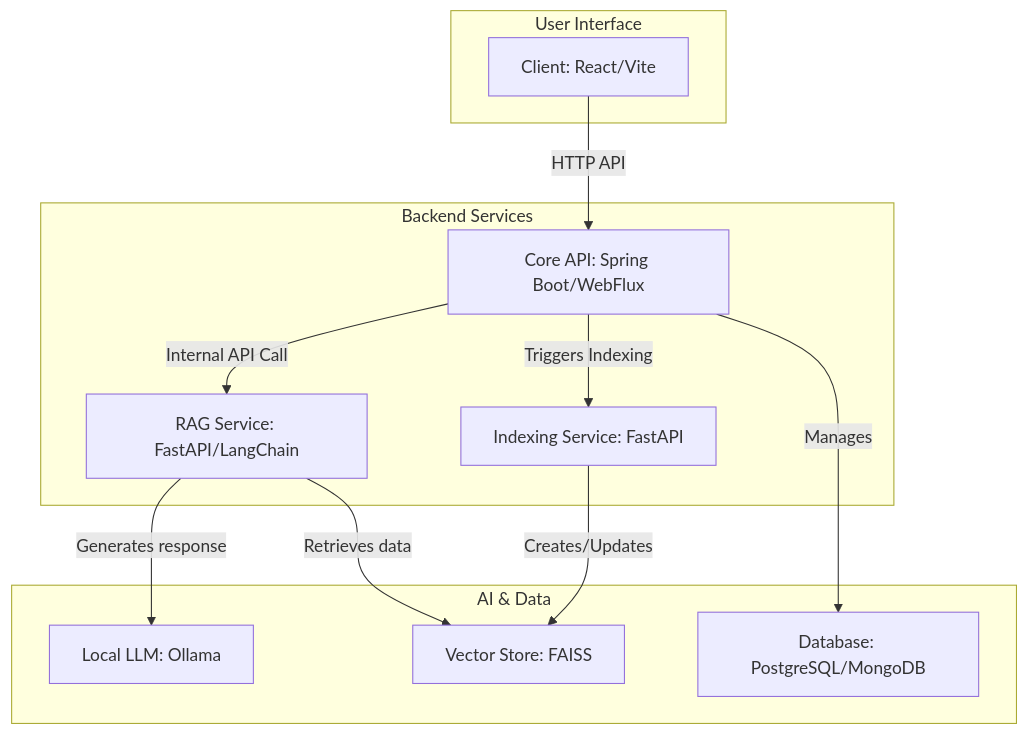
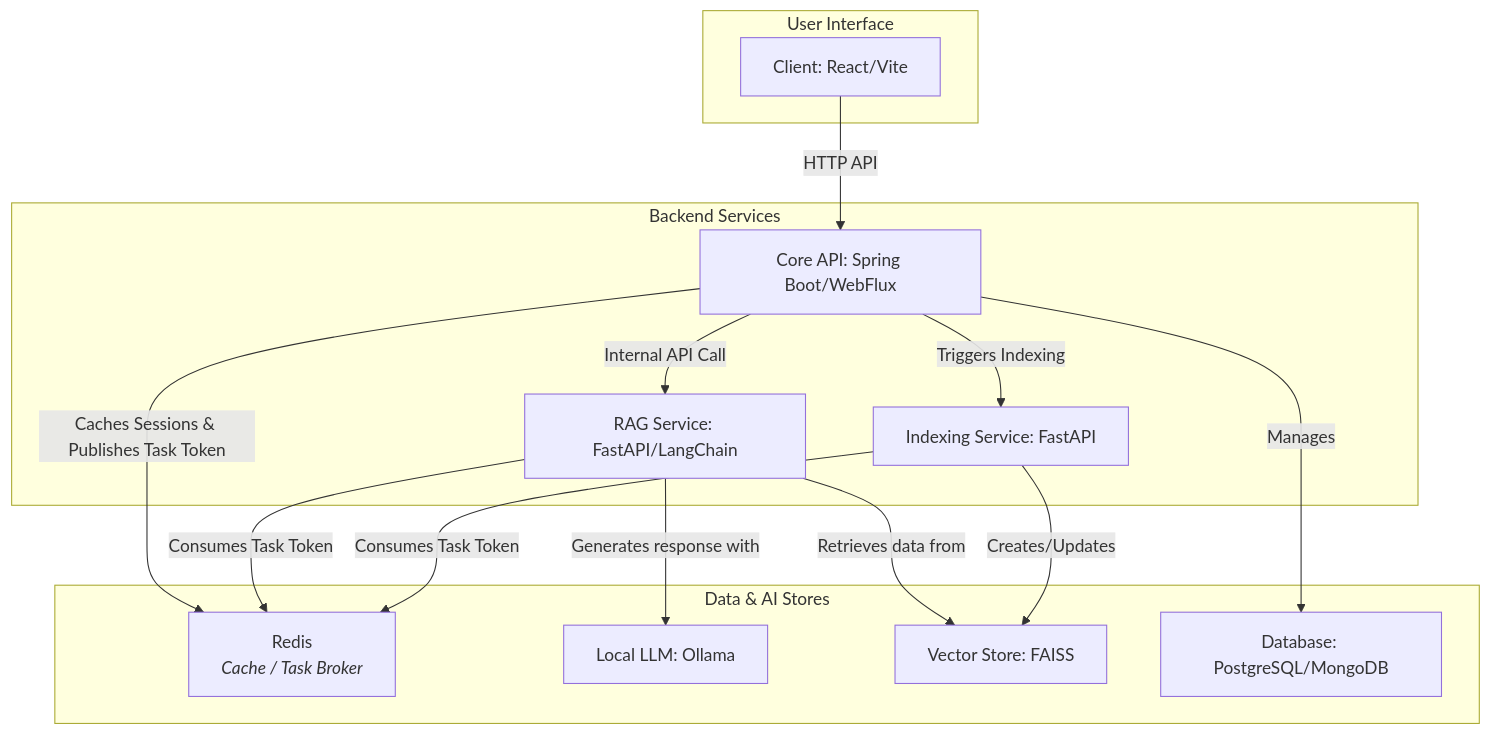
One commit to fake-dev-log/rag-chatbot-prototype changed the diagram in README.ko.md. Above: the diagram before and after it, drawn with Mermaid. The commit also changed other lines of this file and 11 other files, not shown here.

````diff
--- a/README.ko.md
+++ b/README.ko.md
@@ -21,26 +23,35 @@
 ```mermaid
 graph TD
-    subgraph User Interface
+    subgraph "User Interface"
         A[Client: React/Vite]
     end
 
-    subgraph Backend Services
+    subgraph "Backend Services"
         B[Core API: Spring Boot/WebFlux]
         C[RAG Service: FastAPI/LangChain]
         D[Indexing Service: FastAPI]
     end
 
-    subgraph AI & Data
-        E[Local LLM: Ollama]
-        F[Vector Store: FAISS]
-        G[Database: PostgreSQL/MongoDB]
+    subgraph "Data & AI Stores"
+        E[Redis<br><i>Cache / Task Broker</i>]
+        F[Local LLM: Ollama]
+        G[Vector Store: FAISS]
+        H[Database: PostgreSQL/MongoDB]
     end
 
-    A -- HTTP API --> B
-    B -- Internal API Call --> C
-    B -- Triggers Indexing --> D
-    B -- Manages --> G
-    C -- Retrieves data --> F
-    C -- Generates response --> E
-    D -- Creates/Updates --> F
+%% Main application flow
+    A -- "HTTP API" --> B
+    B -- "Internal API Call" --> C
+    B -- "Triggers Indexing" --> D
+
+%% Data store interactions
+    B -- "Manages" --> H
+    C -- "Retrieves data from" --> G
+    D -- "Creates/Updates" --> G
+    C -- "Generates response with" --> F
+
+%% Redis-specific interactions
+    B -- "Caches Sessions & Publishes Task Token" --> E
+    C -- "Consumes Task Token" --> E
+    D -- "Consumes Task Token" --> E
 ```
````
